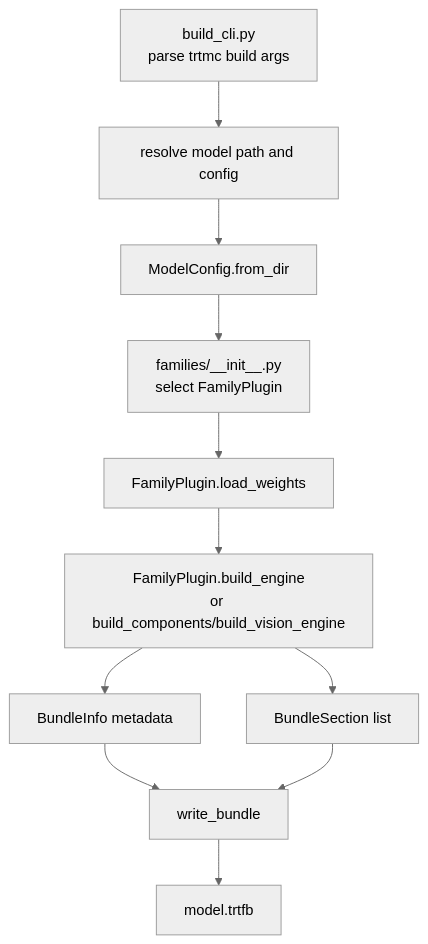
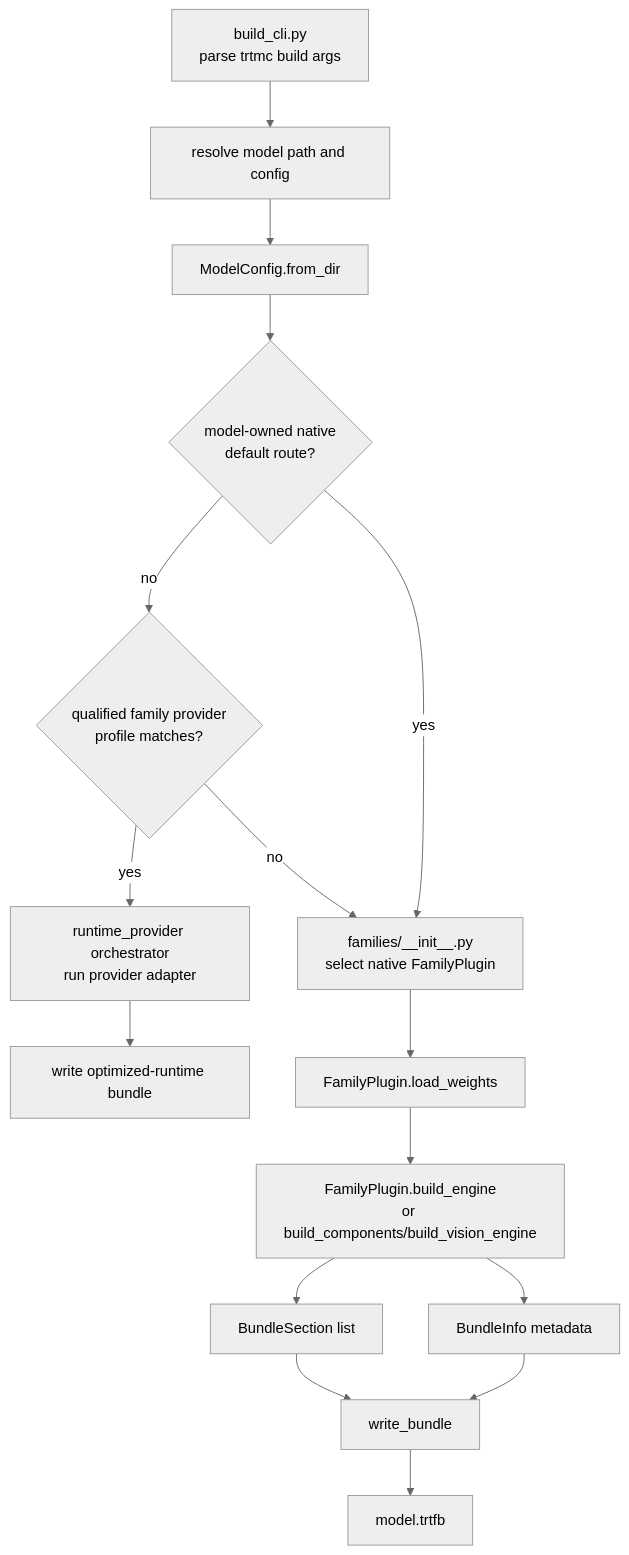
The fourth of 6 diagrams in website/docs/architecture/overview.md (AbishekCoder1/TensorRT-Model-Connect), drawn with Mermaid (neutral theme) before and after one commit. The commit also changed other lines of this file and 83 other files, not shown here.

````diff
--- a/website/docs/architecture/overview.md
+++ b/website/docs/architecture/overview.md
@@ -146,13 +211,18 @@
 ```mermaid
 flowchart TD
   CLI["build_cli.py<br/>parse trtmc build args"] --> Resolve["resolve model path and config"]
   Resolve --> ModelConfig["ModelConfig.from_dir"]
-  ModelConfig --> Match["families/__init__.py<br/>select FamilyPlugin"]
+  ModelConfig --> NativeDefault{"model-owned native<br/>default route?"}
+  NativeDefault -->|yes| Match["families/__init__.py<br/>select native FamilyPlugin"]
+  NativeDefault -->|no| Provider{"qualified family provider<br/>profile matches?"}
+  Provider -->|yes| Adapter["runtime_provider orchestrator<br/>run provider adapter"]
+  Adapter --> ProviderBundle["write optimized-runtime bundle"]
+  Provider -->|no| Match
   Match --> LoadWeights["FamilyPlugin.load_weights"]
   LoadWeights --> BuildEngine["FamilyPlugin.build_engine<br/>or build_components/build_vision_engine"]
   BuildEngine --> BundleInfo["BundleInfo metadata"]
   BuildEngine --> Sections["BundleSection list"]
   BundleInfo --> Write["write_bundle"]
   Sections --> Write
   Write --> Trtfb["model.trtfb"]
 ```
````
